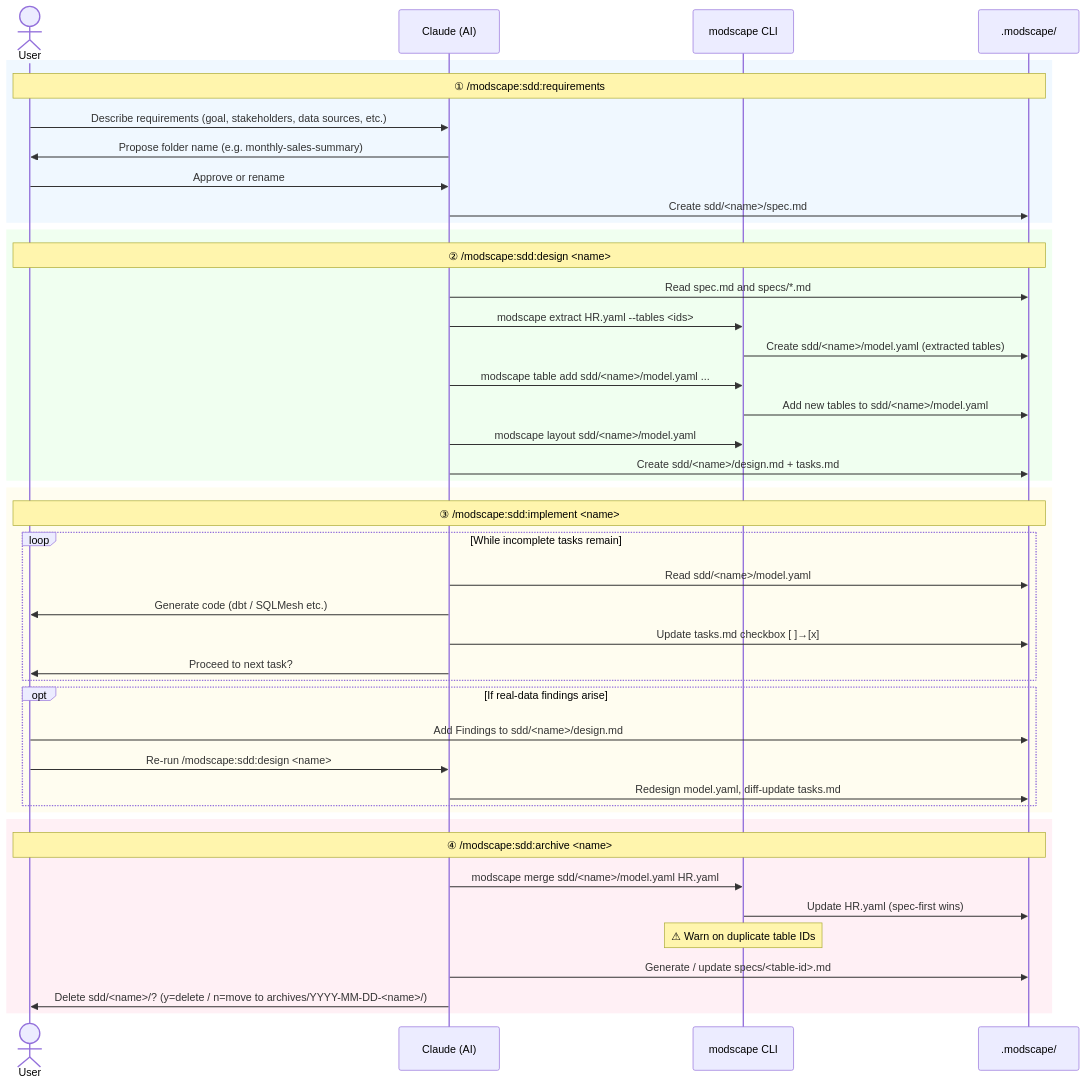
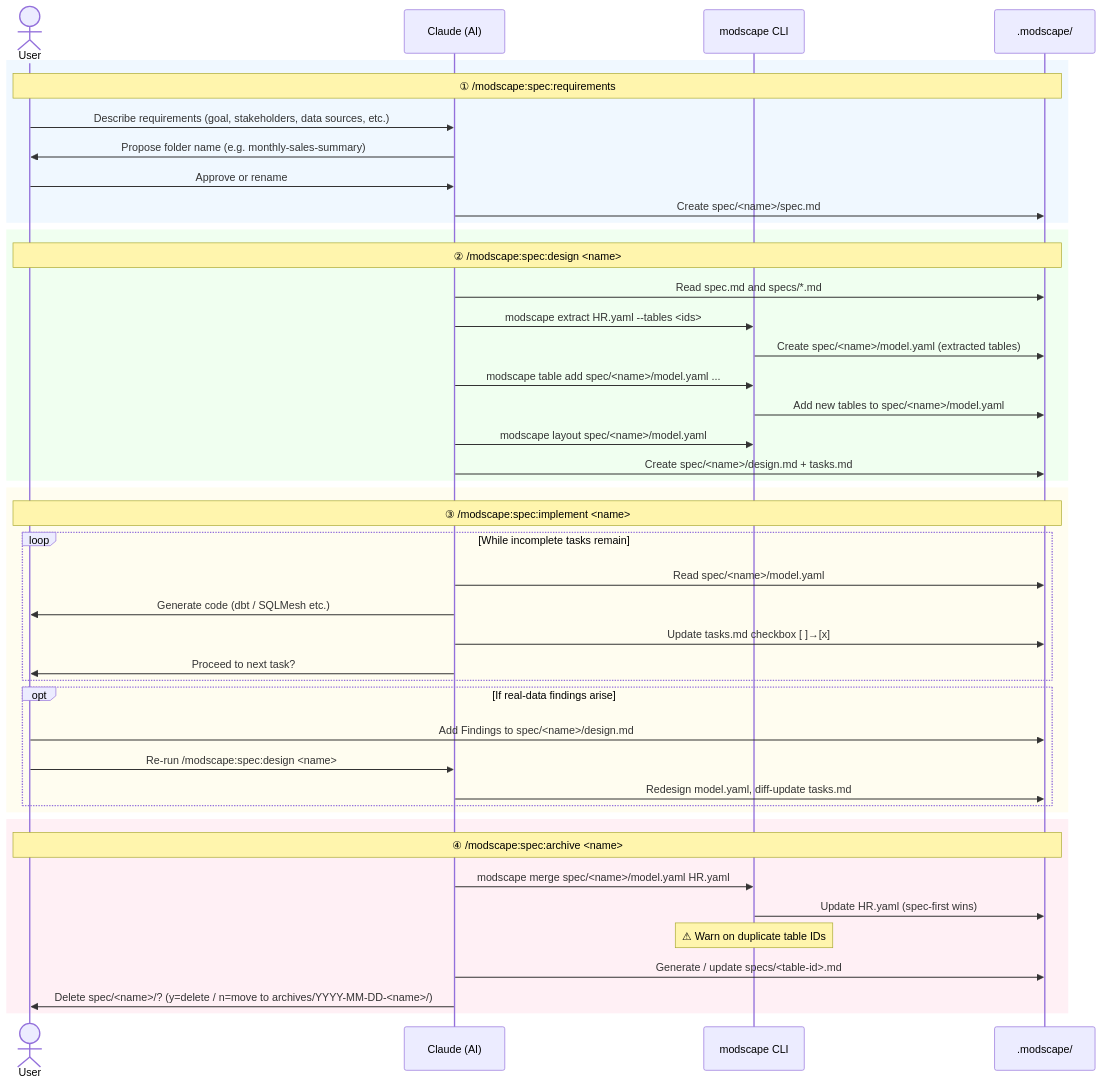
The diagram in README.md (yujikawa/modscape), drawn with Mermaid before and after one commit. The commit also changed other lines of this file and 18 other files, not shown here.

````diff
--- a/README.md
+++ b/README.md
@@ -561,50 +561,50 @@
 ```mermaid
 sequenceDiagram
     actor User
     participant AI as Claude (AI)
     participant CLI as modscape CLI
     participant FS as .modscape/
 
     rect rgb(240, 248, 255)
-        Note over User,FS: ① /modscape:sdd:requirements
+        Note over User,FS: ① /modscape:spec:requirements
         User->>AI: Describe requirements (goal, stakeholders, data sources, etc.)
         AI->>User: Propose folder name (e.g. monthly-sales-summary)
         User->>AI: Approve or rename
-        AI->>FS: Create sdd/<name>/spec.md
+        AI->>FS: Create spec/<name>/spec.md
     end
 
     rect rgb(240, 255, 240)
-        Note over User,FS: ② /modscape:sdd:design <name>
+        Note over User,FS: ② /modscape:spec:design <name>
         AI->>FS: Read spec.md and specs/*.md
         AI->>CLI: modscape extract HR.yaml --tables <ids>
-        CLI->>FS: Create sdd/<name>/model.yaml (extracted tables)
-        AI->>CLI: modscape table add sdd/<name>/model.yaml ...
-        CLI->>FS: Add new tables to sdd/<name>/model.yaml
-        AI->>CLI: modscape layout sdd/<name>/model.yaml
-        AI->>FS: Create sdd/<name>/design.md + tasks.md
+        CLI->>FS: Create spec/<name>/model.yaml (extracted tables)
+        AI->>CLI: modscape table add spec/<name>/model.yaml ...
+        CLI->>FS: Add new tables to spec/<name>/model.yaml
+        AI->>CLI: modscape layout spec/<name>/model.yaml
+        AI->>FS: Create spec/<name>/design.md + tasks.md
     end
 
     rect rgb(255, 253, 240)
-        Note over User,FS: ③ /modscape:sdd:implement <name>
+        Note over User,FS: ③ /modscape:spec:implement <name>
         loop While incomplete tasks remain
-            AI->>FS: Read sdd/<name>/model.yaml
+            AI->>FS: Read spec/<name>/model.yaml
             AI->>User: Generate code (dbt / SQLMesh etc.)
             AI->>FS: Update tasks.md checkbox [ ]→[x]
             AI->>User: Proceed to next task?
         end
         opt If real-data findings arise
-            User->>FS: Add Findings to sdd/<name>/design.md
-            User->>AI: Re-run /modscape:sdd:design <name>
+            User->>FS: Add Findings to spec/<name>/design.md
+            User->>AI: Re-run /modscape:spec:design <name>
             AI->>FS: Redesign model.yaml, diff-update tasks.md
         end
     end
 
     rect rgb(255, 240, 245)
-        Note over User,FS: ④ /modscape:sdd:archive <name>
-        AI->>CLI: modscape merge sdd/<name>/model.yaml HR.yaml
+        Note over User,FS: ④ /modscape:spec:archive <name>
+        AI->>CLI: modscape merge spec/<name>/model.yaml HR.yaml
         CLI->>FS: Update HR.yaml (spec-first wins)
         Note over CLI: ⚠ Warn on duplicate table IDs
         AI->>FS: Generate / update specs/<table-id>.md
-        AI->>User: Delete sdd/<name>/? (y=delete / n=move to archives/YYYY-MM-DD-<name>/)
+        AI->>User: Delete spec/<name>/? (y=delete / n=move to archives/YYYY-MM-DD-<name>/)
     end
 ```
````
